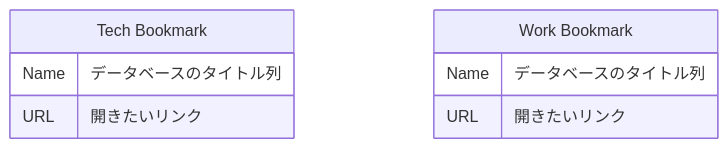
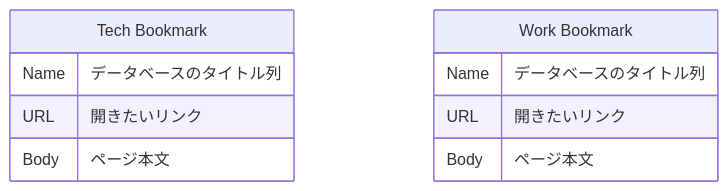
One commit to kuroweb/raycast-notion-bookmark changed the second of 2 diagrams in README.md. Above: the diagram before and after it, drawn with Mermaid. The commit also changed other lines of this file, not shown here.

````diff
--- a/README.md
+++ b/README.md
@@ -21,11 +22,13 @@
   ```mermaid
   erDiagram
       "Tech Bookmark" {
           Name データベースのタイトル列
           URL 開きたいリンク
+          Body ページ本文
       }
       "Work Bookmark" {
           Name データベースのタイトル列
           URL 開きたいリンク
+          Body ページ本文
       }
   ```
````
